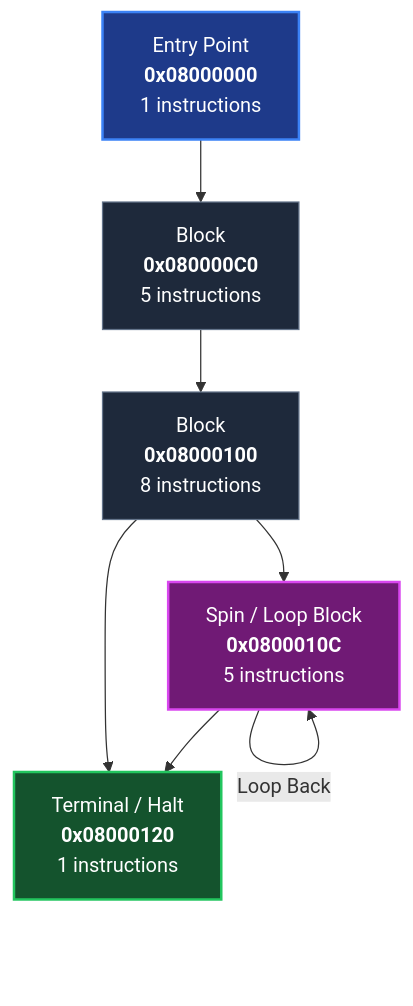
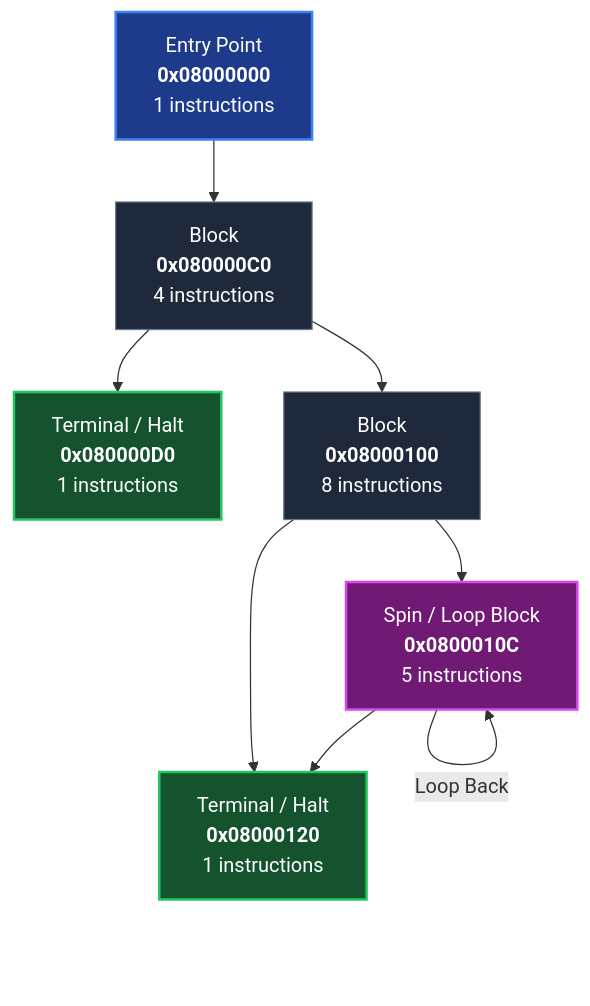
The diagram in docs/SHOWCASE.md (yefan911/automated-recompilers), drawn with Mermaid before and after one commit. The commit also changed other lines of this file and 15 other files, not shown here.

````diff
--- a/docs/SHOWCASE.md
+++ b/docs/SHOWCASE.md
@@ -18,20 +18,22 @@
 ```mermaid
 graph TD
     classDef entry fill:#1e3a8a,stroke:#3b82f6,stroke-width:2px,color:#ffffff;
     classDef loop fill:#701a75,stroke:#d946ef,stroke-width:2px,color:#ffffff;
     classDef block fill:#1e293b,stroke:#64748b,stroke-width:1px,color:#ffffff;
     classDef term fill:#14532d,stroke:#22c55e,stroke-width:2px,color:#ffffff;
 
     bb_08000000["Entry Point<br/><b>0x08000000</b><br/>1 instructions"]:::entry
-    bb_080000C0["Block<br/><b>0x080000C0</b><br/>5 instructions"]:::block
+    bb_080000C0["Block<br/><b>0x080000C0</b><br/>4 instructions"]:::block
+    bb_080000D0["Terminal / Halt<br/><b>0x080000D0</b><br/>1 instructions"]:::term
     bb_08000100["Block<br/><b>0x08000100</b><br/>8 instructions"]:::block
     bb_0800010C["Spin / Loop Block<br/><b>0x0800010C</b><br/>5 instructions"]:::loop
     bb_08000120["Terminal / Halt<br/><b>0x08000120</b><br/>1 instructions"]:::term
 
     bb_08000000 --> bb_080000C0
+    bb_080000C0 --> bb_080000D0
     bb_080000C0 --> bb_08000100
     bb_08000100 --> bb_0800010C
     bb_08000100 --> bb_08000120
     bb_0800010C -->|Loop Back| bb_0800010C
     bb_0800010C --> bb_08000120
 ```
````
